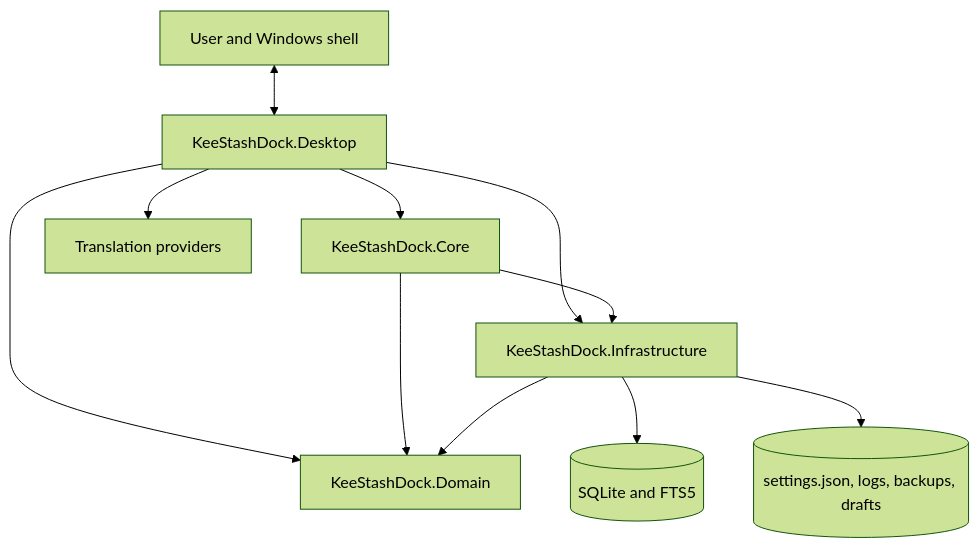
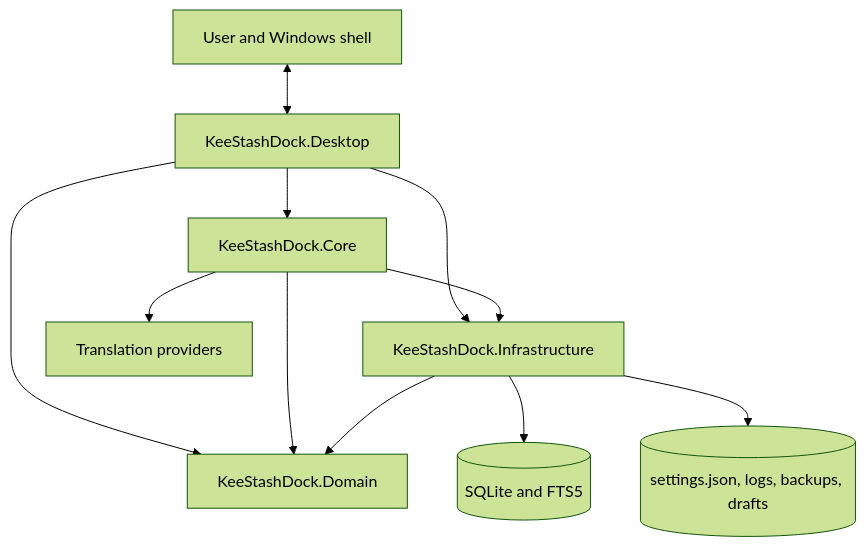
The first of 2 diagrams in docs/ARCHITECTURE.md (Keegankei/KeeStashDock), drawn with Mermaid (forest theme) before and after one commit. The commit also changed other lines of this file and 65 other files, not shown here.

````diff
--- a/docs/ARCHITECTURE.md
+++ b/docs/ARCHITECTURE.md
@@ -9,22 +9,22 @@
 ```mermaid
 flowchart TD
     User[User and Windows shell]
     Desktop[KeeStashDock.Desktop]
     Core[KeeStashDock.Core]
     Infrastructure[KeeStashDock.Infrastructure]
     Domain[KeeStashDock.Domain]
     SQLite[(SQLite and FTS5)]
     Files[(settings.json, logs, backups, drafts)]
     Providers[Translation providers]
 
     User <--> Desktop
     Desktop --> Core
     Desktop --> Infrastructure
     Desktop --> Domain
     Core --> Infrastructure
     Core --> Domain
     Infrastructure --> Domain
     Infrastructure --> SQLite
     Infrastructure --> Files
-    Desktop --> Providers
+    Core --> Providers
 ```
````
